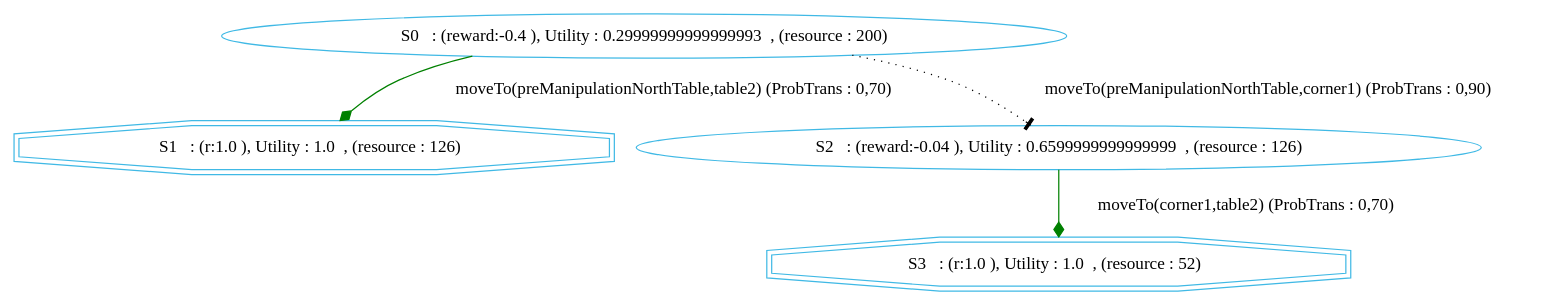
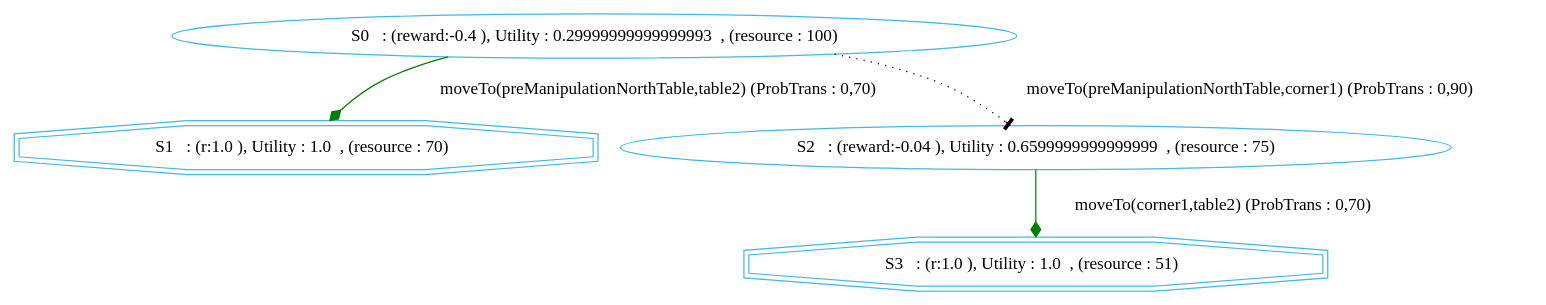
One commit to htiraHatem/CHIMP_MDP changed the diagram in chimp/src/main/java/examples/MDP/RACE/test_SpatialFluent_m_moveTo0.dot. Above: the diagram before and after it, drawn with Graphviz. The commit also changed 6 other files, not shown here.

```diff
--- a/chimp/src/main/java/examples/MDP/RACE/test_SpatialFluent_m_moveTo0.dot
+++ b/chimp/src/main/java/examples/MDP/RACE/test_SpatialFluent_m_moveTo0.dot
@@ -1,9 +1,9 @@
 digraph {
   node [color="#40b9e5" ]
  size="60,17";
-"1" [label=" S1   : (r:1.0 ), Utility : 1.0  , (resource : 126)  " shape=doubleoctagon];
-"3" [label=" S3   : (r:1.0 ), Utility : 1.0  , (resource : 52)  " shape=doubleoctagon];
-"0" [label=" S0   : (reward:-0.4 ), Utility : 0.29999999999999993  , (resource : 200) "]"2" [label=" S2   : (reward:-0.04 ), Utility : 0.6599999999999999  , (resource : 126) "]"0" -> "1" [ label="moveTo(preManipulationNorthTable,table2) (ProbTrans : 0,70)"
+"1" [label=" S1   : (r:1.0 ), Utility : 1.0  , (resource : 70)  " shape=doubleoctagon];
+"3" [label=" S3   : (r:1.0 ), Utility : 1.0  , (resource : 51)  " shape=doubleoctagon];
+"0" [label=" S0   : (reward:-0.4 ), Utility : 0.29999999999999993  , (resource : 100) "]"2" [label=" S2   : (reward:-0.04 ), Utility : 0.6599999999999999  , (resource : 75) "]"0" -> "1" [ label="moveTo(preManipulationNorthTable,table2) (ProbTrans : 0,70)"
 , arrowhead = diamond , color=green];"0" -> "2" [ label="moveTo(preManipulationNorthTable,corner1) (ProbTrans : 0,90)"
 ,style=dotted, arrowhead=tee];"2" -> "3" [ label="moveTo(corner1,table2) (ProbTrans : 0,70)"
 , arrowhead = diamond , color=green];}
```
